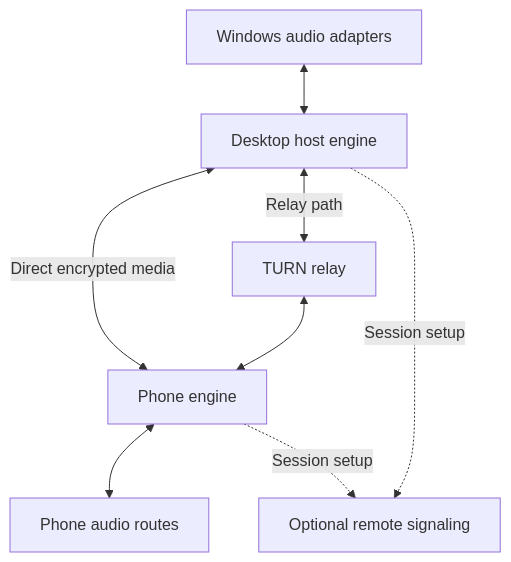
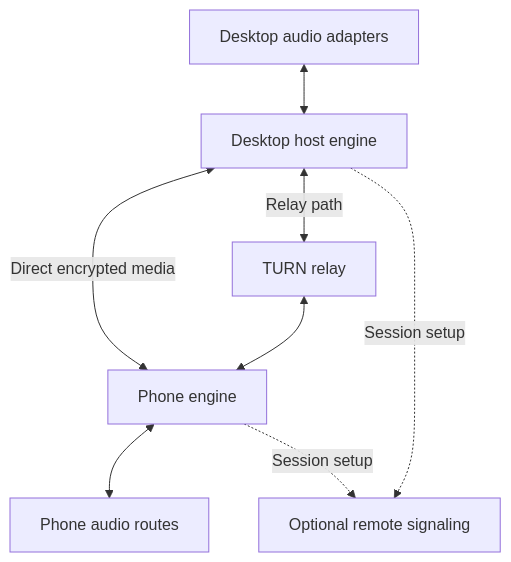
The diagram in docs/ARCHITECTURE.md (maskarauder/MicDrop), drawn with Mermaid before and after one commit. The commit also changed other lines of this file and 43 other files, not shown here.

First line of the commit message:
Add Linux x64 and macOS arm64 CLI audio host support

````diff
--- a/docs/ARCHITECTURE.md
+++ b/docs/ARCHITECTURE.md
@@ -25,10 +31,10 @@
 ```mermaid
 flowchart TB
-  W[Windows audio adapters] <--> H[Desktop host engine]
+  W[Desktop audio adapters] <--> H[Desktop host engine]
   H <-->|Direct encrypted media| P[Phone engine]
   H <-->|Relay path| T[TURN relay]
   T <--> P
   P <--> A[Phone audio routes]
   H -. Session setup .-> S[Optional remote signaling]
   P -. Session setup .-> S
 ```
````
